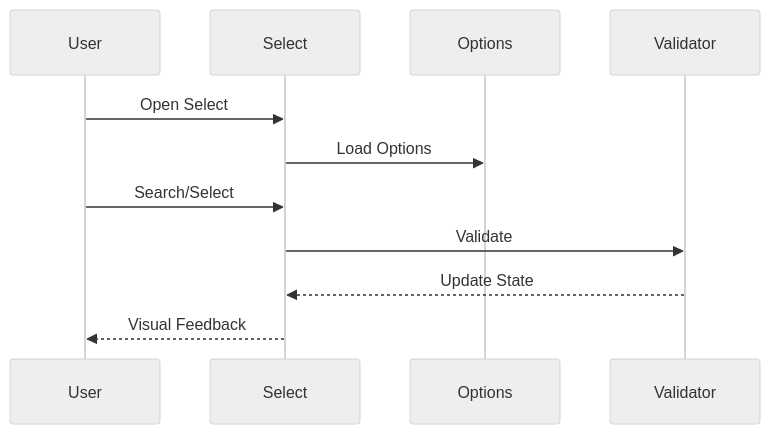
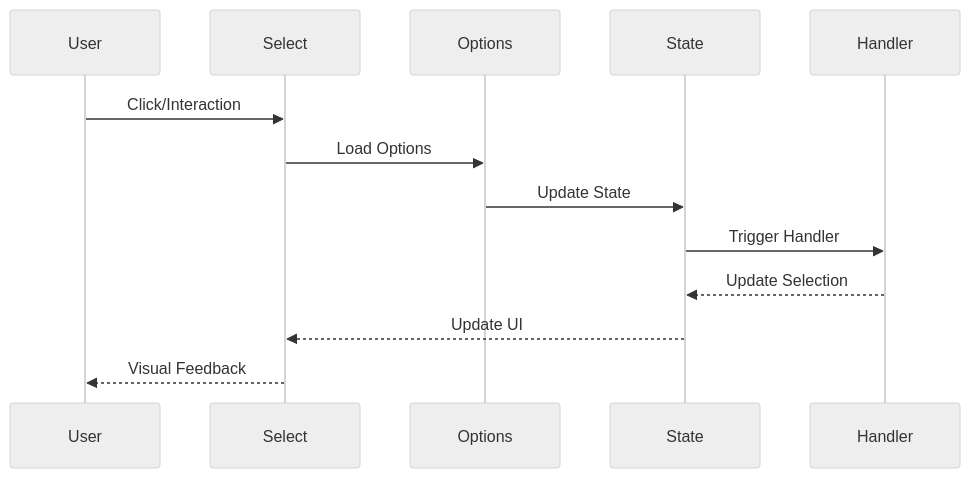
One commit to gedeza/thrive-send changed the second of 3 diagrams in DOCS/components/forms/Select.md. Above: the diagram before and after it, drawn with Mermaid (neutral theme). The commit also changed other lines of this file and 25 other files, not shown here.

````diff
--- a/DOCS/components/forms/Select.md
+++ b/DOCS/components/forms/Select.md
@@ -23,14 +43,16 @@
 ```mermaid
 sequenceDiagram
     participant U as User
     participant S as Select
     participant O as Options
-    participant V as Validator
+    participant St as State
+    participant H as Handler
     
-    U->>S: Open Select
+    U->>S: Click/Interaction
     S->>O: Load Options
-    U->>S: Search/Select
-    S->>V: Validate
-    V-->>S: Update State
+    O->>St: Update State
+    St->>H: Trigger Handler
+    H-->>St: Update Selection
+    St-->>S: Update UI
     S-->>U: Visual Feedback
 ```
````
